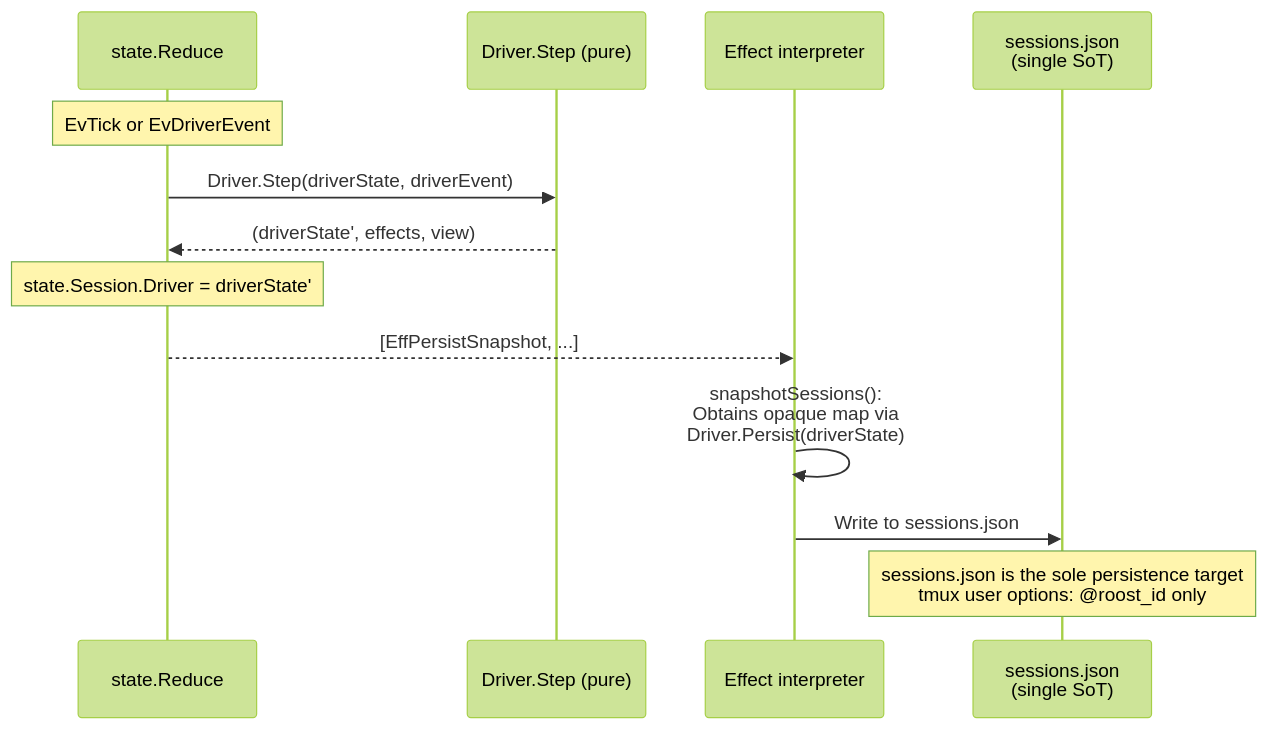
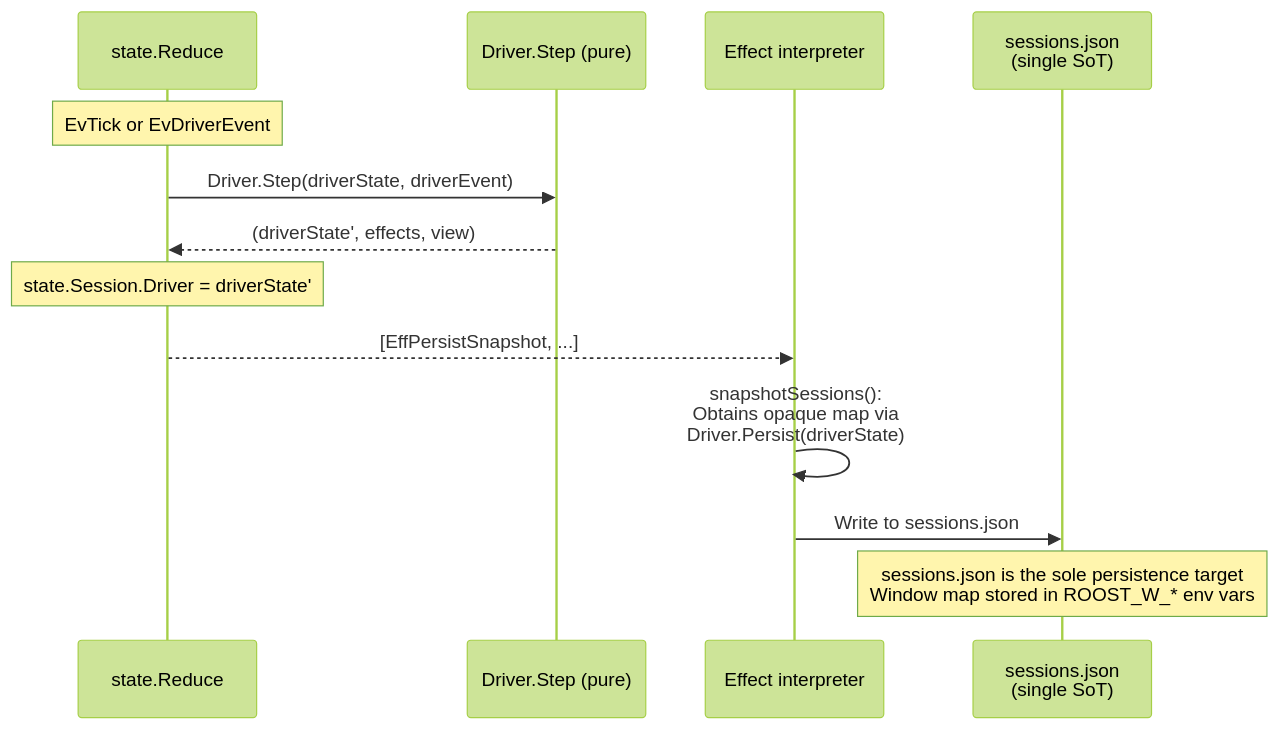
The second of 3 diagrams in docs/state-monitoring.md (takezoh/agent-roost), drawn with Mermaid (forest theme) before and after one commit. The commit also changed other lines of this file and 4 other files, not shown here.

Commit message:
Update docs to reflect WindowID removal and window map architecture

````diff
--- a/docs/state-monitoring.md
+++ b/docs/state-monitoring.md
@@ -99,16 +99,16 @@
 ```mermaid
 sequenceDiagram
     participant Red as state.Reduce
     participant Drv as Driver.Step (pure)
     participant Interp as Effect interpreter
     participant JSON as sessions.json<br/>(single SoT)
 
     Note over Red: EvTick or EvDriverEvent
     Red->>Drv: Driver.Step(driverState, driverEvent)
     Drv-->>Red: (driverState', effects, view)
     Note over Red: state.Session.Driver = driverState'
     Red-->>Interp: [EffPersistSnapshot, ...]
     Interp->>Interp: snapshotSessions():<br/>Obtains opaque map via<br/>Driver.Persist(driverState)
     Interp->>JSON: Write to sessions.json
-    Note over JSON: sessions.json is the sole persistence target<br/>tmux user options: @roost_id only
+    Note over JSON: sessions.json is the sole persistence target<br/>Window map stored in ROOST_W_* env vars
 ```
````
